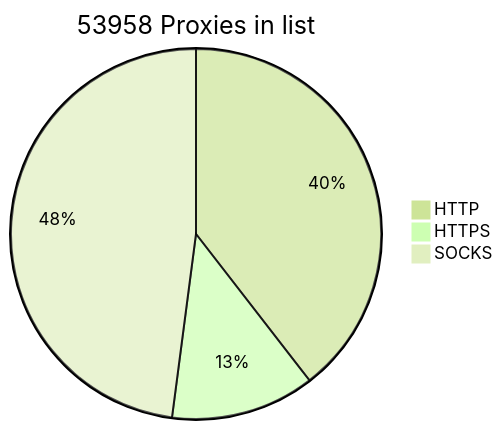
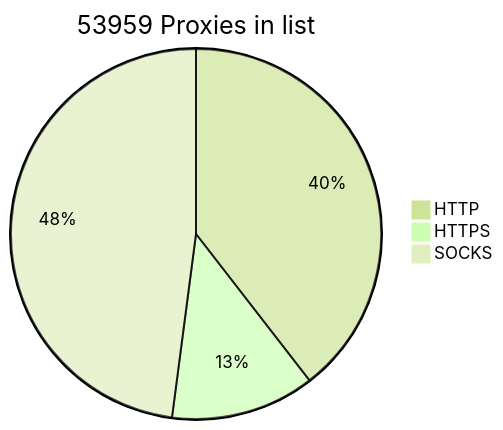
One commit to BlackSnowDot/proxylist-update-every-minute changed the diagram in README.md. Above: the diagram before and after it, drawn with Mermaid (forest theme).

````diff
--- a/README.md
+++ b/README.md
@@ -2,6 +2,6 @@
 ```mermaid
-pie title 53958 Proxies in list
-    "HTTP" : 23858
+pie title 53959 Proxies in list
+    "HTTP" : 23859
     "HTTPS": 7588
     "SOCKS" : 28945
 ```
````
